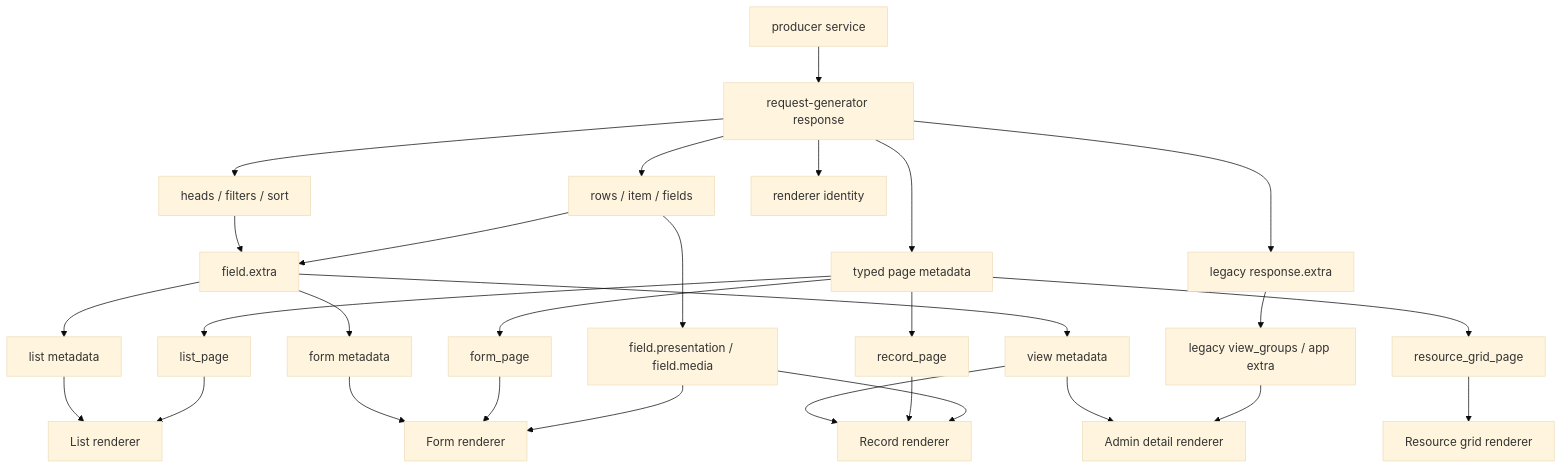
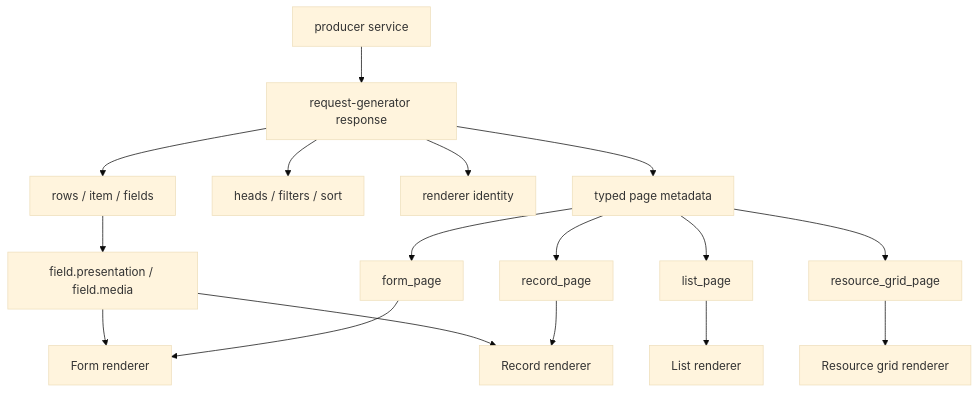
The diagram in docs/universal-renderer-contract.md (darkrain/request-generator), drawn with Mermaid (base theme) before and after one commit. The commit also changed other lines of this file and 10 other files, not shown here.

Commit message:
refactor: remove legacy field metadata paths

````diff
--- a/docs/universal-renderer-contract.md
+++ b/docs/universal-renderer-contract.md
@@ -21,35 +21,22 @@
 ```mermaid
 flowchart TD
     A["producer service"] --> B["request-generator response"]
     B --> C["rows / item / fields"]
     B --> D["heads / filters / sort"]
     B --> E["renderer identity"]
     B --> T["typed page metadata"]
-    B --> X["legacy response.extra"]
 
-    C --> F["field.extra"]
     C --> Y["field.presentation / field.media"]
-    D --> F
 
     T --> G["list_page"]
     T --> H["resource_grid_page"]
     T --> I["form_page"]
     T --> J["record_page"]
-    X --> K["legacy view_groups / app extra"]
-
-    F --> L["form metadata"]
-    F --> M["list metadata"]
-    F --> N["view metadata"]
     Y --> Q
     Y --> R
 
     G --> O["List renderer"]
     H --> P["Resource grid renderer"]
     I --> Q["Form renderer"]
     J --> R["Record renderer"]
-    K --> S["Admin detail renderer"]
-    L --> Q
-    M --> O
-    N --> R
-    N --> S
 ```
````
